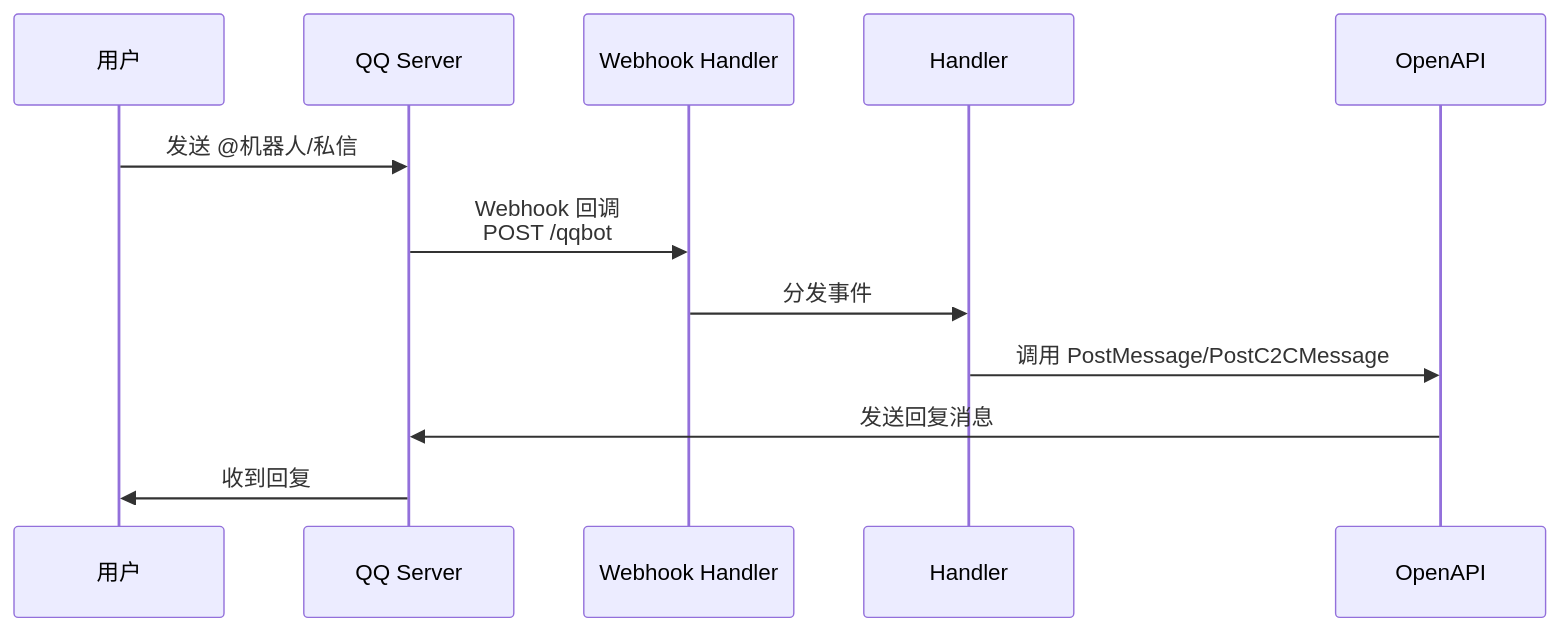
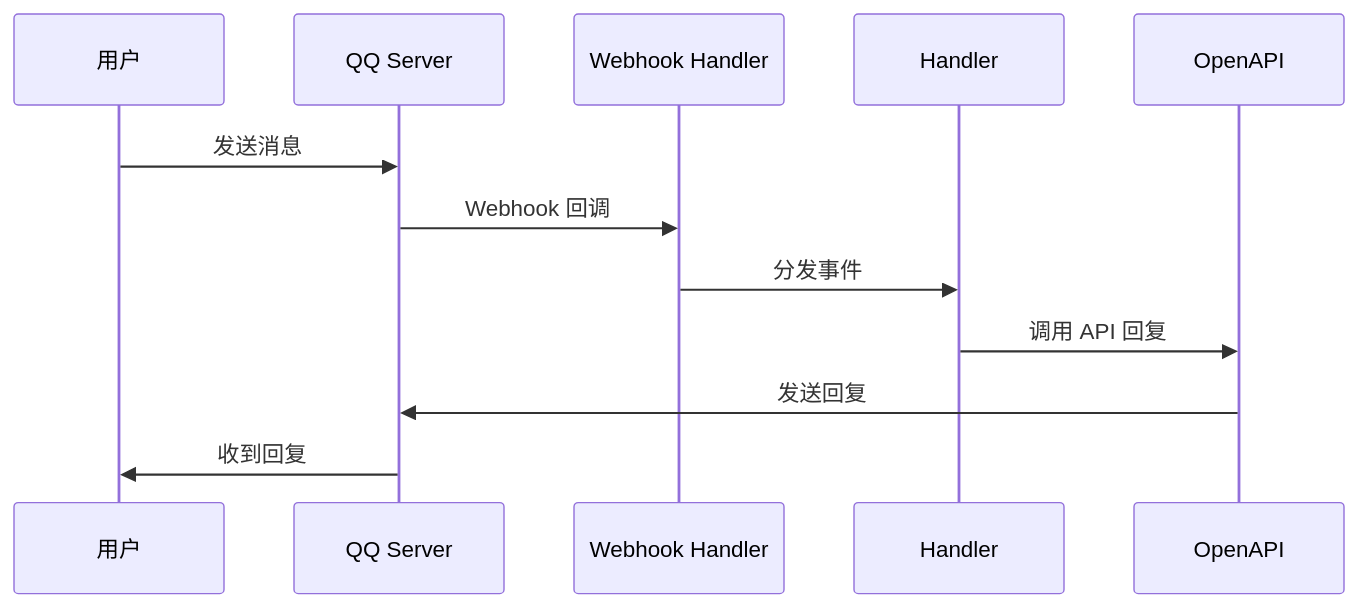
One commit to cadezhou/GolandProjects changed the first of 2 diagrams in README.md. Above: the diagram before and after it, drawn with Mermaid. The commit also changed other lines of this file, not shown here.

````diff
--- a/README.md
+++ b/README.md
@@ -50,15 +19,15 @@
 ```mermaid
 sequenceDiagram
     participant U as 用户
     participant QQ as QQ Server
     participant WH as Webhook Handler
     participant H as Handler
     participant API as OpenAPI
 
-    U->>QQ: 发送 @机器人/私信
-    QQ->>WH: Webhook 回调<br/>POST /qqbot
+    U->>QQ: 发送消息
+    QQ->>WH: Webhook 回调
     WH->>H: 分发事件
-    H->>API: 调用 PostMessage/PostC2CMessage
-    API->>QQ: 发送回复消息
+    H->>API: 调用 API 回复
+    API->>QQ: 发送回复
     QQ->>U: 收到回复
 ```
````
